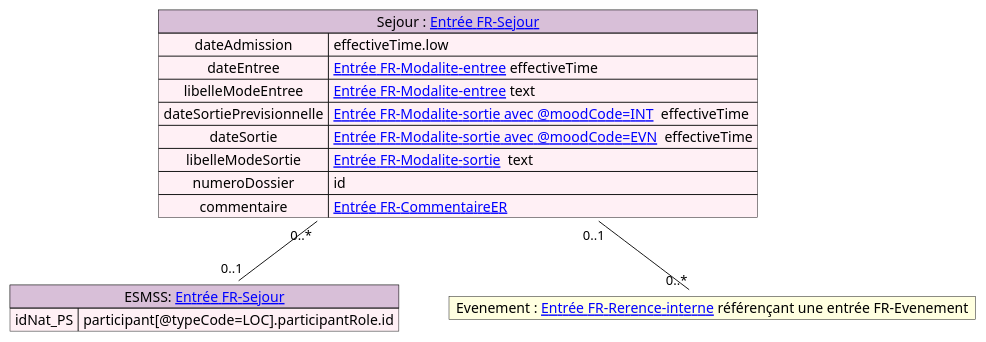
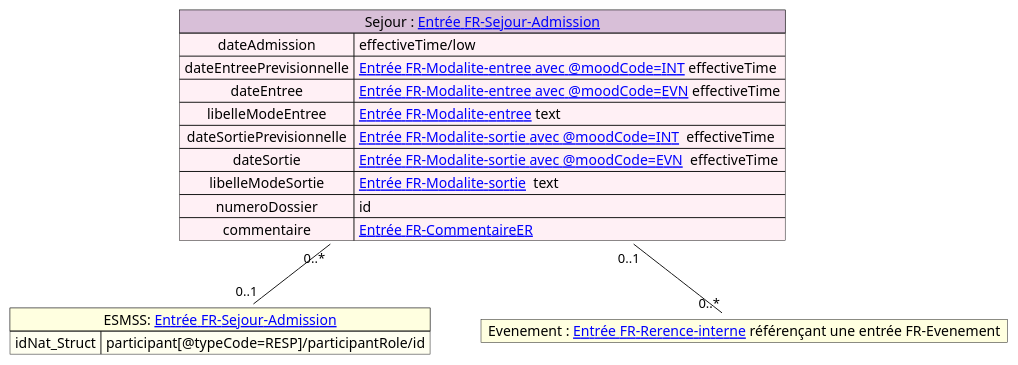
One commit to ansforge/IG-fhir-transfert-donnees-dui-esms changed the diagram in input/images-source/mapping_sejour.plantuml. Above: the diagram before and after it, drawn with PlantUML. The commit also changed 8 other files, not shown here.

```diff
--- a/input/images-source/mapping_sejour.plantuml
+++ b/input/images-source/mapping_sejour.plantuml
@@ -1,27 +1,28 @@
 @startuml
 
 
-map "Sejour : [[contenu_dossier_corps_cda.html Entrée FR-Sejour]]" as Sejour #back:LavenderBlush;header:Thistle{
-    dateAdmission => effectiveTime.low
-    dateEntree => [[contenu_dossier_corps_cda.html Entrée FR-Modalite-entree]] effectiveTime
+map "Sejour : [[contenu_dossier_corps_cda.html Entrée FR-Sejour-Admission]]" as Sejour #back:LavenderBlush;header:Thistle{
+    dateAdmission => effectiveTime/low
+    dateEntreePrevisionnelle => [[contenu_dossier_corps_cda.html Entrée FR-Modalite-entree avec @moodCode=INT]] effectiveTime
+    dateEntree => [[contenu_dossier_corps_cda.html Entrée FR-Modalite-entree avec @moodCode=EVN]] effectiveTime
     libelleModeEntree => [[contenu_dossier_corps_cda.html Entrée FR-Modalite-entree]] text
     dateSortiePrevisionnelle => [[contenu_dossier_corps_cda.html Entrée FR-Modalite-sortie avec @moodCode=INT]]  effectiveTime
     dateSortie => [[contenu_dossier_corps_cda.html Entrée FR-Modalite-sortie avec @moodCode=EVN]]  effectiveTime
     libelleModeSortie => [[contenu_dossier_corps_cda.html Entrée FR-Modalite-sortie]]  text
     numeroDossier => id
     commentaire => [[contenu_dossier_corps_cda.html Entrée FR-CommentaireER]]
 }
 
 
-map "ESMSS: [[contenu_dossier_corps_cda.html Entrée FR-Sejour]]" as ESSMS #back:LavenderBlush;header:Thistle{
-    idNat_PS => participant[@typeCode=LOC].participantRole.id
+map "ESMSS: [[contenu_dossier_corps_cda.html Entrée FR-Sejour-Admission]]" as ESSMS #back:Ivory;header:LightYellow {
+    idNat_Struct => participant[@typeCode=RESP]/participantRole/id
 }
 
 map "Evenement : [[contenu_dossier_corps_cda.html Entrée FR-Rerence-interne]] référençant une entrée FR-Evenement" as Evenement #back:LightYellow;header:LightYellow{
 }
 
 Sejour "0..*" -- "0..1" ESSMS
 Sejour "0..1"--"0..*" Evenement
 
 
 @enduml
```
